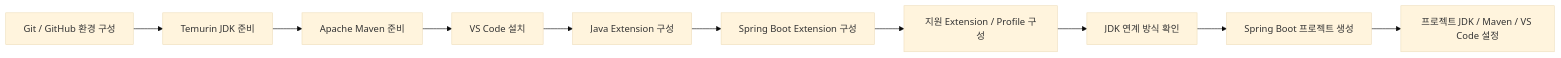
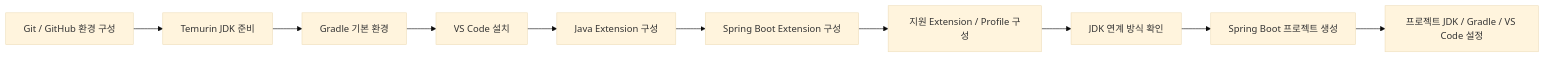
One commit to Team-Microserver/microserver-docs changed the first of 3 diagrams in docs/01_project_start/02_environment/vscode/vscode_setup.md. Above: the diagram before and after it, drawn with Mermaid (base theme). The commit also changed other lines of this file and 30 other files, not shown here.

````diff
--- a/docs/01_project_start/02_environment/vscode/vscode_setup.md
+++ b/docs/01_project_start/02_environment/vscode/vscode_setup.md
@@ -41,12 +41,12 @@
 ```mermaid
 flowchart LR
     A[Git / GitHub 환경 구성] --> B[Temurin JDK 준비]
-    B --> C[Apache Maven 준비]
+    B --> C[Gradle 기본 환경]
     C --> D[VS Code 설치]
     D --> E[Java Extension 구성]
     E --> F[Spring Boot Extension 구성]
     F --> G[지원 Extension / Profile 구성]
     G --> H[JDK 연계 방식 확인]
     H --> I[Spring Boot 프로젝트 생성]
-    I --> J[프로젝트 JDK / Maven / VS Code 설정]
+    I --> J[프로젝트 JDK / Gradle / VS Code 설정]
 ```
````
